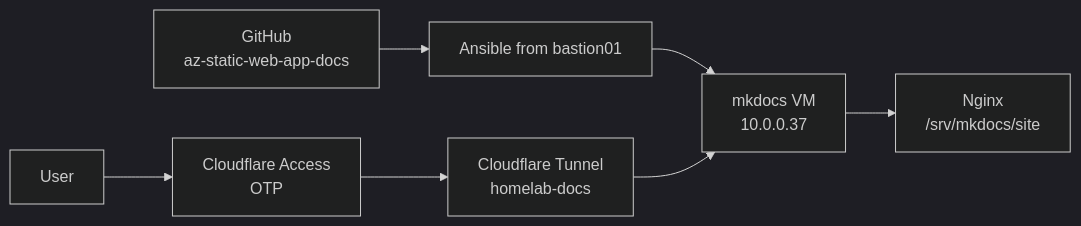
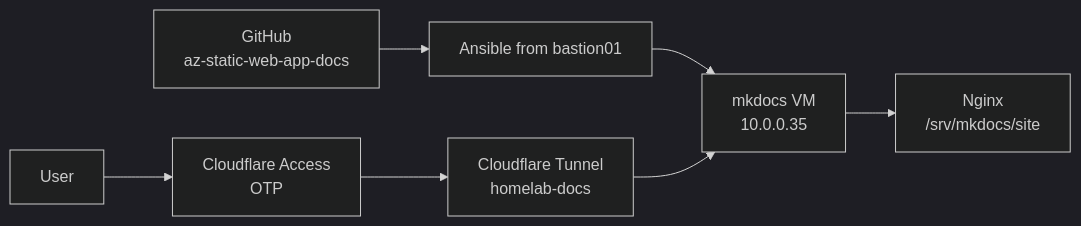
One commit to larsj96/az-static-web-app-docs changed the diagram in docs/self-hosted-docs-platform.md. Above: the diagram before and after it, drawn with Mermaid (dark theme). The commit also changed other lines of this file and 6 other files, not shown here.

````diff
--- a/docs/self-hosted-docs-platform.md
+++ b/docs/self-hosted-docs-platform.md
@@ -42,9 +42,9 @@
 ```mermaid
 flowchart LR
   repo["GitHub\naz-static-web-app-docs"] --> ansible["Ansible from bastion01"]
-  ansible --> vm["mkdocs VM\n10.0.0.37"]
+  ansible --> vm["mkdocs VM\n10.0.0.35"]
   vm --> nginx["Nginx\n/srv/mkdocs/site"]
   cf["Cloudflare Tunnel\nhomelab-docs"] --> vm
   user["User"] --> access["Cloudflare Access\nOTP"]
   access --> cf
 ```
````
